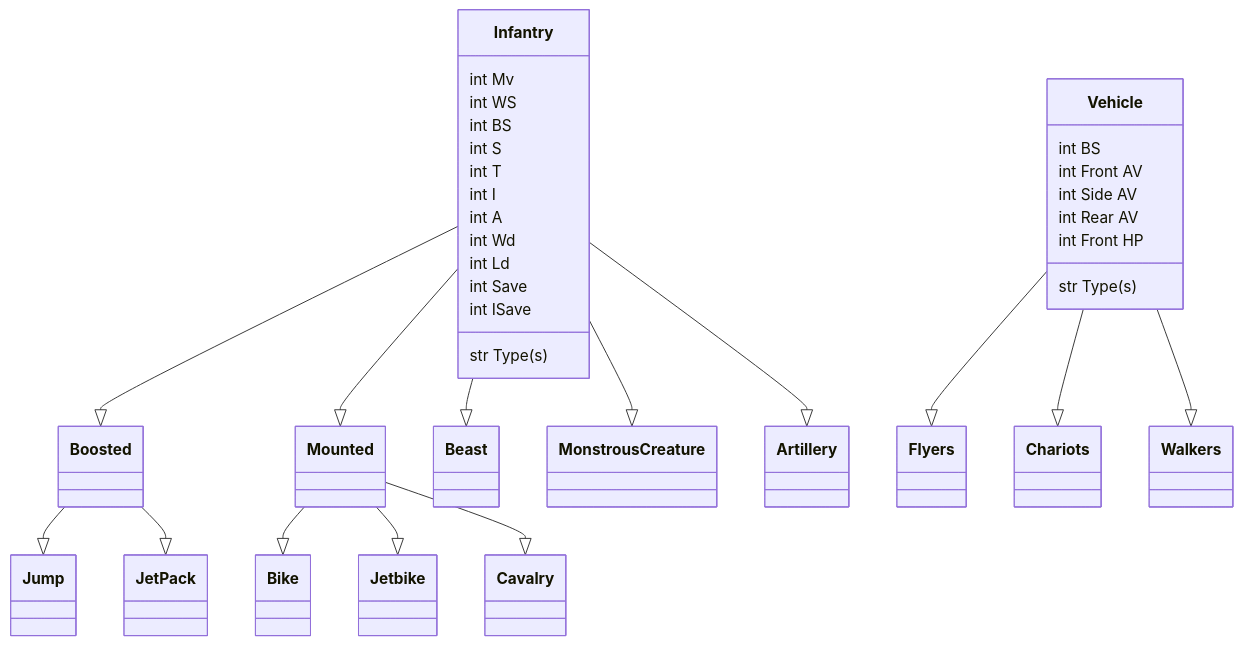
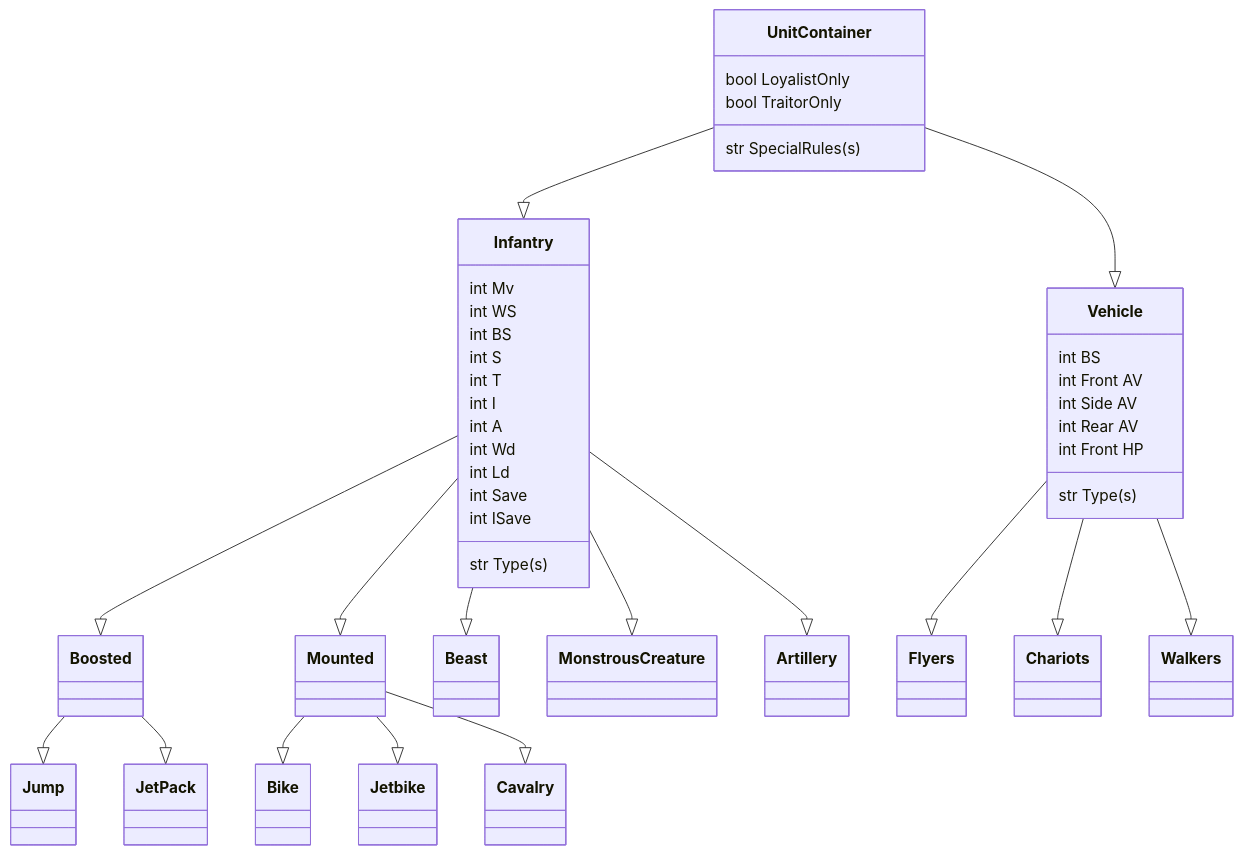
One commit to Argel-Tal/HorusHeresy-1.0-TTAdmiral changed the second of 2 diagrams in ReadMe.md. Above: the diagram before and after it, drawn with Mermaid. The commit also changed other lines of this file, not shown here.

Commit message:
new diagram fro factions

````diff
--- a/ReadMe.md
+++ b/ReadMe.md
@@ -89,34 +116,39 @@
 ```mermaid
 classDiagram
+UnitContainer --|> Infantry
+UnitContainer --|> Vehicle
+UnitContainer : str SpecialRules(s)
+UnitContainer : bool LoyalistOnly
+UnitContainer : bool TraitorOnly
 Infantry --|> Boosted
 Infantry --|> Mounted
 Infantry --|> Beast
 Infantry --|> Monstrous Creature
 Infantry --|> Artillery
 Boosted --|> Jump
 Boosted --|> Jet Pack
 Mounted --|> Bike
 Mounted --|> Jetbike
 Mounted --|> Cavalry
 Vehicle --|> Flyers
 Vehicle --|> Chariots
 Vehicle --|> Walkers
 Infantry : int Mv
 Infantry : int WS
 Infantry : int BS
 Infantry : int S
 Infantry : int T
 Infantry : int I
 Infantry : int A
 Infantry : int Wd
 Infantry : int Ld
 Infantry : int Save
 Infantry : int ISave
 Infantry : str Type(s)
 Vehicle : int BS
 Vehicle : int Front AV
 Vehicle : int Side AV
 Vehicle : int Rear AV
 Vehicle : int Front HP
 Vehicle : str Type(s)
 ```
````
